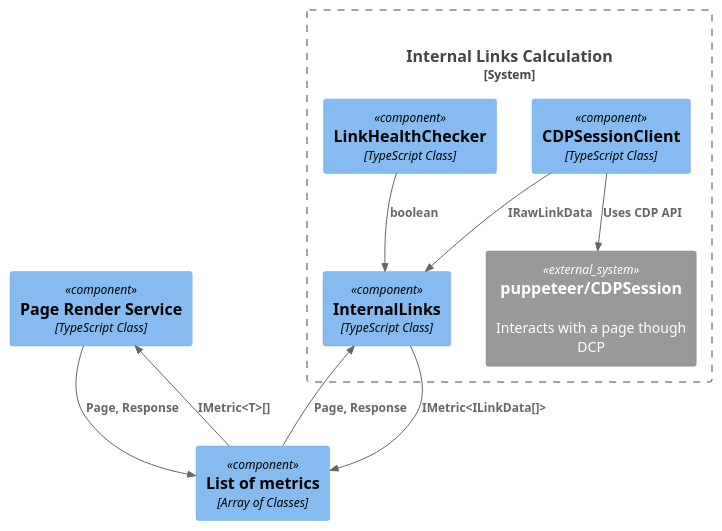
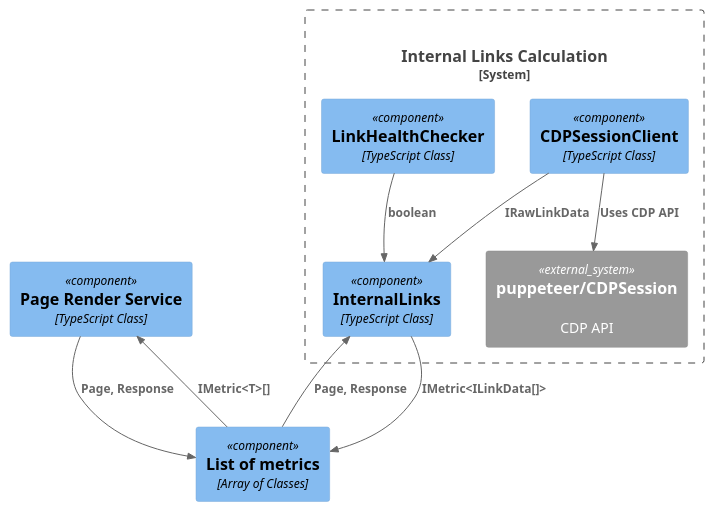
Before and after one commit to ali-habibzadeh/top10-seo-list-for-developers: the diagram in designs/metrics/internal-links.puml, drawn with PlantUML. The commit also changed 1 other file, not shown here.

```diff
--- a/designs/metrics/internal-links.puml
+++ b/designs/metrics/internal-links.puml
@@ -1,27 +1,27 @@
 @startuml internal-links
 !includeurl https://raw.githubusercontent.com/RicardoNiepel/C4-PlantUML/release/1-0/C4.puml
 !includeurl https://raw.githubusercontent.com/RicardoNiepel/C4-PlantUML/release/1-0/C4_Container.puml
 !includeurl https://raw.githubusercontent.com/RicardoNiepel/C4-PlantUML/release/1-0/C4_Context.puml
 !includeurl https://raw.githubusercontent.com/RicardoNiepel/C4-PlantUML/release/1-0/C4_Component.puml
 
 Component(PageRenderService, "Page Render Service", "TypeScript Class")
 Component(metricsList, "List of metrics", "Array of Classes")
 
 
 System_Boundary(InternalLinksCalculation, "Internal Links Calculation") {
     Component(InternalLinks, "InternalLinks", "TypeScript Class")
     Component(CDPSessionClient, "CDPSessionClient", "TypeScript Class")
     Component(LinkHealthChecker, "LinkHealthChecker", "TypeScript Class")
 
-    System_Ext(puppeteer, "puppeteer/CDPSession", "Interacts with a page though DCP")
+    System_Ext(puppeteer, "puppeteer/CDPSession", "CDP API")
 
     Rel(metricsList, PageRenderService, "IMetric<T>[]")
     Rel(PageRenderService, metricsList, "Page, Response")
     Rel(InternalLinks, metricsList, "IMetric<ILinkData[]>")
     Rel(metricsList, InternalLinks, "Page, Response")
     Rel(CDPSessionClient, InternalLinks, "IRawLinkData")
     Rel(CDPSessionClient, puppeteer, "Uses CDP API")
     Rel(LinkHealthChecker, InternalLinks, "boolean")
 }
 
 @enduml
```
